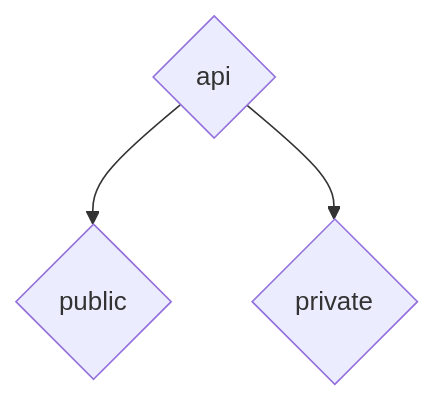
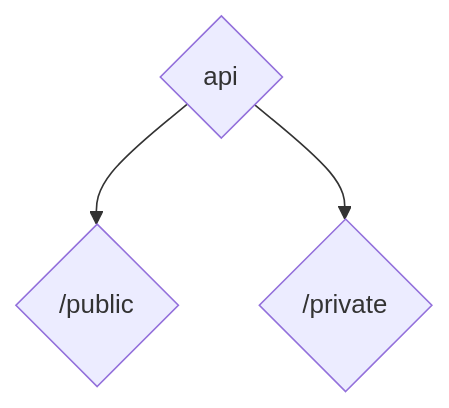
One commit to ch3ll0v3k/ch3ll0v3k.github.io changed the diagram in test.md. Above: the diagram before and after it, drawn with Mermaid.

````diff
--- a/test.md
+++ b/test.md
@@ -2,5 +2,5 @@
 ```mermaid
 flowchart TD;
-  root{api} --> public{public};
-  root{api} --> private{private};
+  root{api} --> public{/public};
+  root{api} --> private{/private};
 ```
````
